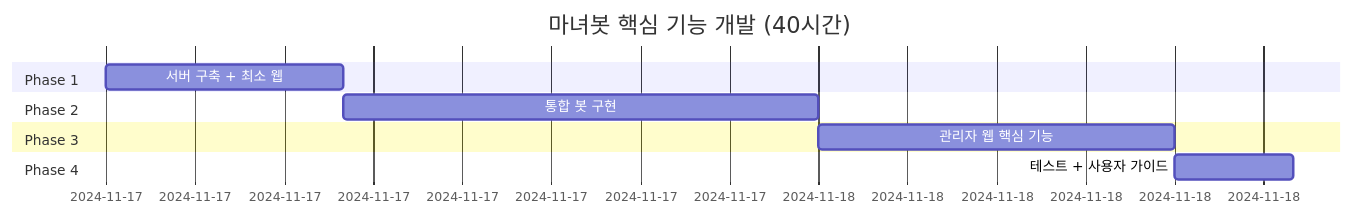
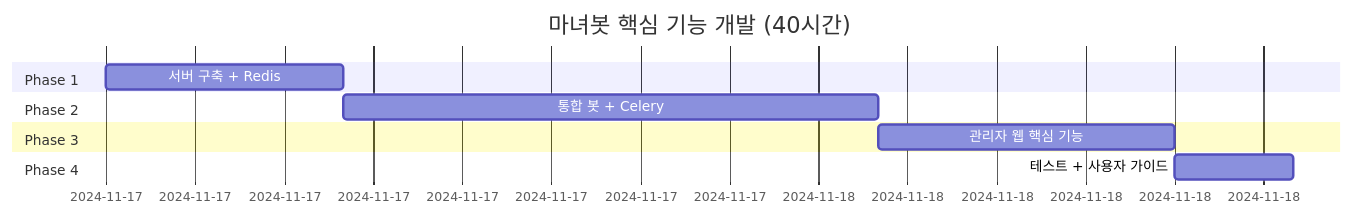
The diagram in docs/로드맵_40시간.md (NinoNinoNinoling/commumanager), drawn with Mermaid before and after one commit. The commit also changed other lines of this file and 2 other files, not shown here.

First line of the commit message:
Add Redis and Celery to 40-hour roadmap

````diff
--- a/docs/로드맵_40시간.md
+++ b/docs/로드맵_40시간.md
@@ -10,13 +10,13 @@
 ```mermaid
 gantt
     title 마녀봇 핵심 기능 개발 (40시간)
     dateFormat  YYYY-MM-DD
     section Phase 1
-    서버 구축 + 최소 웹    :p1, 2024-11-17, 8h
+    서버 구축 + Redis      :p1, 2024-11-17, 8h
     section Phase 2
-    통합 봇 구현           :p2, after p1, 16h
+    통합 봇 + Celery       :p2, after p1, 18h
     section Phase 3
-    관리자 웹 핵심 기능    :p3, after p2, 12h
+    관리자 웹 핵심 기능    :p3, after p2, 10h
     section Phase 4
     테스트 + 사용자 가이드 :p4, after p3, 4h
 ```
````
